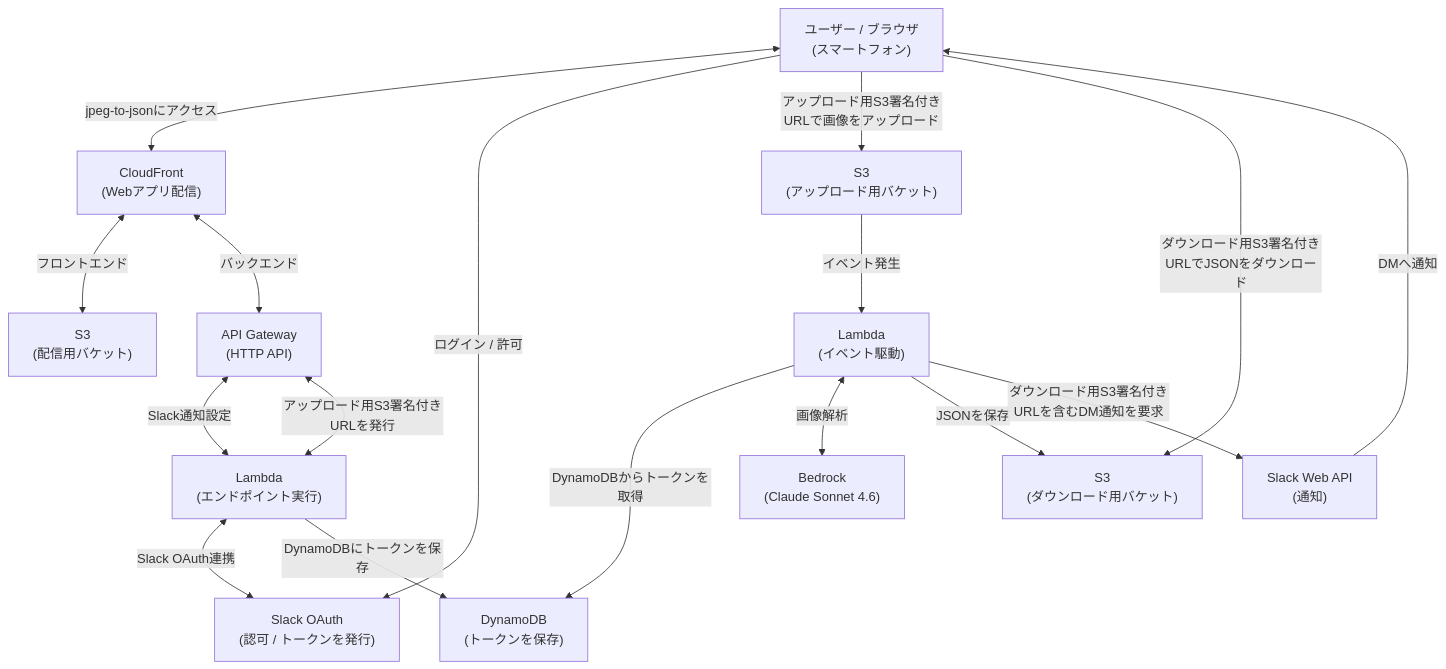
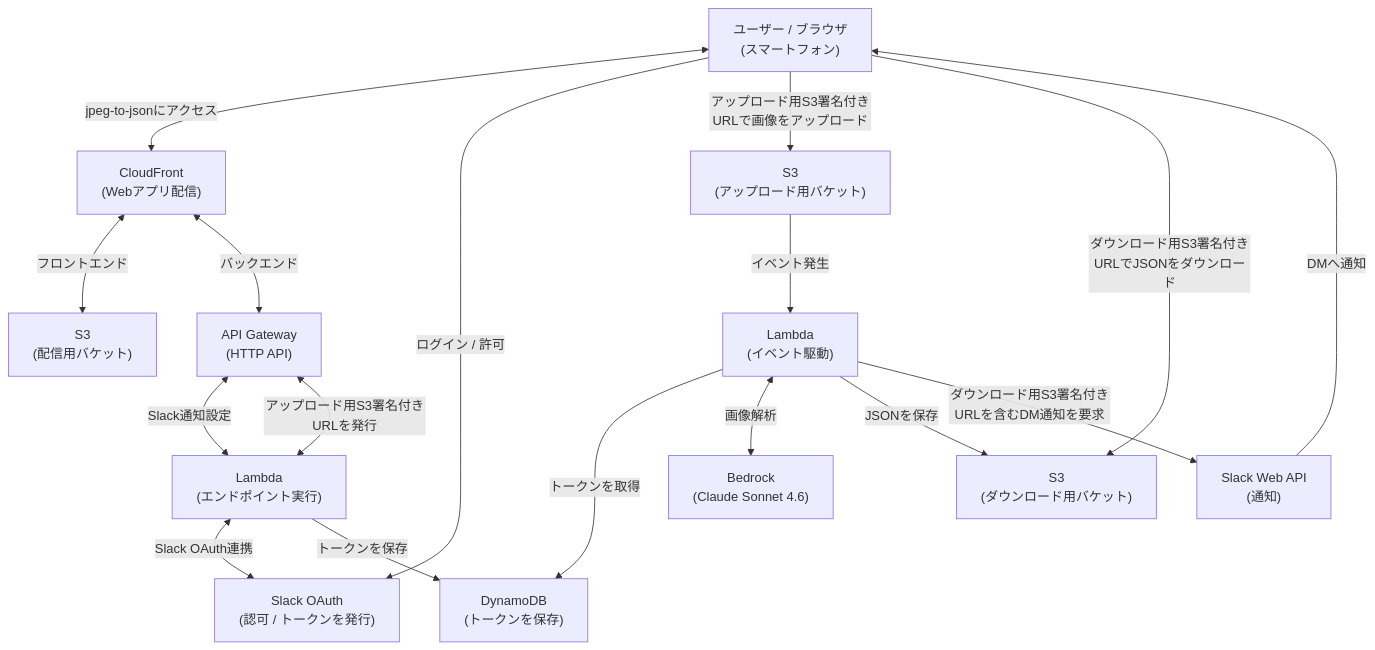
Before and after one commit to vinylhousegarage/jpeg-to-json: the diagram in README.md, drawn with Mermaid.

Commit message:
docs(readme): simplify DynamoDB token flow labels

````diff
--- a/README.md
+++ b/README.md
@@ -14,37 +14,37 @@
 ```mermaid
 flowchart TD
   U["ユーザー / ブラウザ<br/>(スマートフォン)"]
 
   CF["CloudFront<br/>(Webアプリ配信)"]
   DB["DynamoDB<br/>(トークンを保存)"]
   AI["Bedrock<br/>(Claude Sonnet 4.6)"]
 
   FE["S3<br/>(配信用バケット)"]
   IN["S3<br/>(アップロード用バケット)"]
   OUT["S3<br/>(ダウンロード用バケット)"]
 
   API["API Gateway<br/>(HTTP API)"]
   APP["Lambda<br/>(エンドポイント実行)"]
   PROC["Lambda<br/>(イベント駆動)"]
 
   OAUTH["Slack OAuth<br/>(認可 / トークンを発行)"]
   WEBAPI["Slack Web API<br/>(通知)"]
 
   U <-->|jpeg-to-jsonにアクセス| CF
   CF <-->|"フロントエンド"| FE
   CF <-->|"バックエンド"| API
   U -->|"ログイン / 許可"| OAUTH
   API <-->|"Slack通知設定"| APP
   API <-->|"アップロード用S3署名付きURLを発行"| APP
   APP <-->|"Slack OAuth連携"| OAUTH
-  APP -->|"DynamoDBにトークンを保存"| DB
+  APP -->|"トークンを保存"| DB
 
   U -->|"アップロード用S3署名付きURLで画像をアップロード"| IN
   IN -->|"イベント発生"| PROC
-  PROC -->|"DynamoDBからトークンを取得"| DB
+  PROC -->|"トークンを取得"| DB
   PROC <-->|"画像解析"| AI
   PROC -->|"JSONを保存"| OUT
   PROC -->|"ダウンロード用S3署名付きURLを含むDM通知を要求"| WEBAPI
   WEBAPI -->|"DMへ通知"| U
   U -->|"ダウンロード用S3署名付きURLでJSONをダウンロード"| OUT
 ```
````
